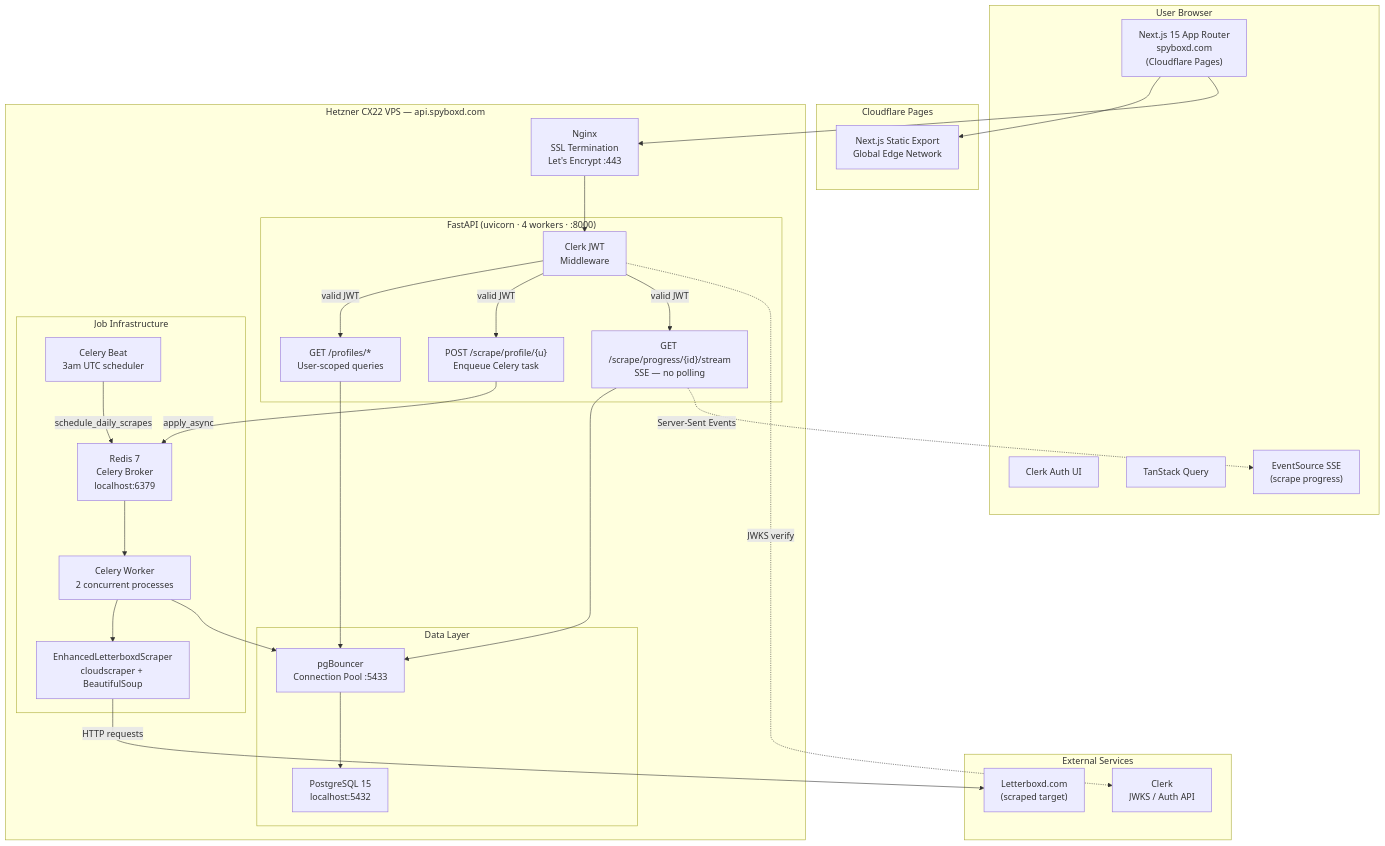
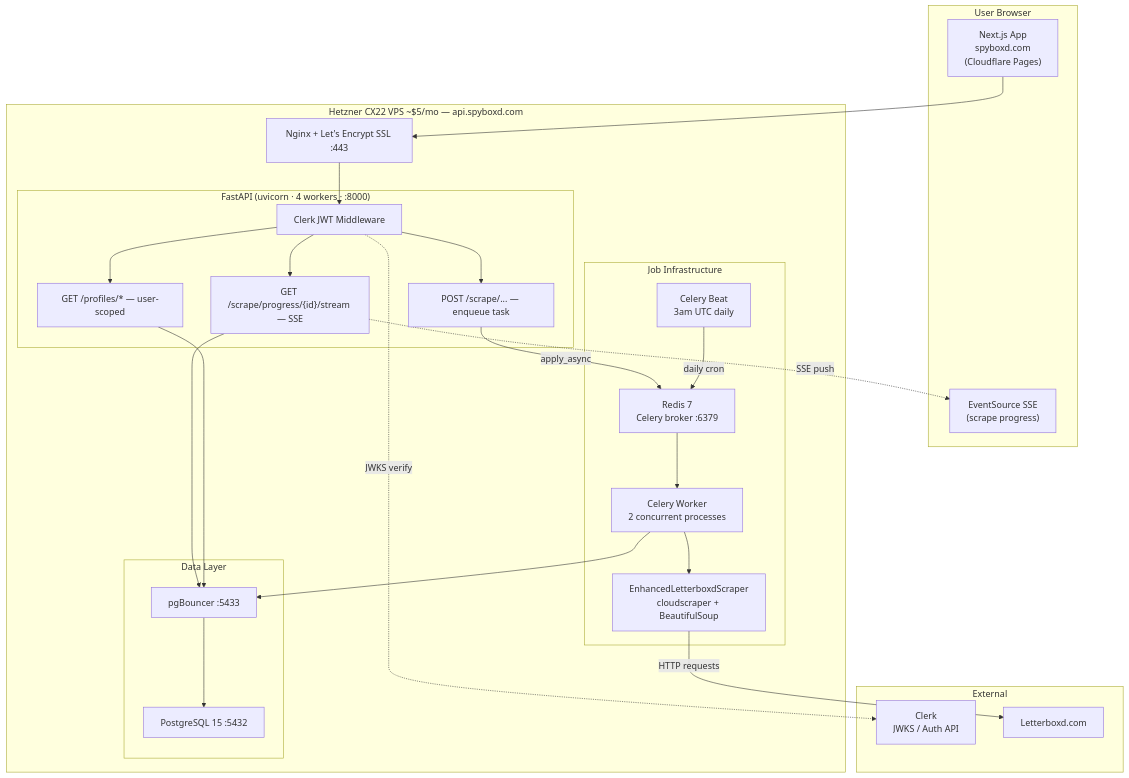
The diagram in Deployment_plan.md (Yash03x/letterboxd-reviewer), drawn with Mermaid before and after one commit. The commit also changed other lines of this file and 44 other files, not shown here.

````diff
--- a/Deployment_plan.md
+++ b/Deployment_plan.md
@@ -11,76 +30,47 @@
 ```mermaid
 graph TB
     subgraph "User Browser"
-        A["Next.js 15 App Router\nspyboxd.com\n(Cloudflare Pages)"]        
-        A1["Clerk Auth UI"]
-        A2["TanStack Query"]
+        A["Next.js App\nspyboxd.com\n(Cloudflare Pages)"]
         A3["EventSource SSE\n(scrape progress)"]
     end
 
-    subgraph "External Services"
+    subgraph "External"
         CLERK["Clerk\nJWKS / Auth API"]
-        LB["Letterboxd.com\n(scraped target)"]
+        LB["Letterboxd.com"]
     end
 
-    subgraph "Cloudflare Pages"
-        VCDN["Next.js Static Export\nGlobal Edge Network"]
-    end
-
-    subgraph "Hetzner CX22 VPS — api.spyboxd.com"
-        NGINX["Nginx\nSSL Termination\nLet's Encrypt :443"]
+    subgraph "Hetzner CX22 VPS ~$5/mo — api.spyboxd.com"
+        NGINX["Nginx + Let's Encrypt SSL :443"]
 
         subgraph "FastAPI (uvicorn · 4 workers · :8000)"
-            MW["Clerk JWT\nMiddleware"]
-            RT_PROFILE["GET /profiles/*\nUser-scoped queries"]
-            RT_SCRAPE["POST /scrape/profile/{u}\nEnqueue Celery task"]
-            RT_SSE["GET /scrape/progress/{id}/stream\nSSE — no polling"]
+            MW["Clerk JWT Middleware"]
+            RT_P["GET /profiles/* — user-scoped"]
+            RT_S["POST /scrape/... — enqueue task"]
+            RT_SSE["GET /scrape/progress/{id}/stream — SSE"]
         end
 
         subgraph "Job Infrastructure"
-            REDIS["Redis 7\nCelery Broker\nlocalhost:6379"]
+            REDIS["Redis 7\nCelery broker :6379"]
             WORKER["Celery Worker\n2 concurrent processes"]
-            BEAT["Celery Beat\n3am UTC scheduler"]
+            BEAT["Celery Beat\n3am UTC daily"]
             SCRAPER["EnhancedLetterboxdScraper\ncloudscraper + BeautifulSoup"]
         end
 
         subgraph "Data Layer"
-            PGBOUNCER["pgBouncer\nConnection Pool :5433"]
-            PG["PostgreSQL 15\nlocalhost:5432"]
+            PGB["pgBouncer :5433"]
+            PG["PostgreSQL 15 :5432"]
         end
     end
 
-    %% Browser → Cloudflare Pages
-    A --> VCDN
-
-    %% Browser → API
     A --> NGINX
     NGINX --> MW
-    MW -->|valid JWT| RT_PROFILE
-    MW -->|valid JWT| RT_SCRAPE
-    MW -->|valid JWT| RT_SSE
-
-    %% Auth verification
     MW -.->|JWKS verify| CLERK
-
-    %% Scrape trigger flow
-    RT_SCRAPE -->|apply_async| REDIS
-    REDIS --> WORKER
-    WORKER --> SCRAPER
-    SCRAPER -->|HTTP requests| LB
-
-    %% Progress writes
-    WORKER --> PGBOUNCER
-    PGBOUNCER --> PG
-
-    %% SSE reads progress from DB
-    RT_SSE --> PGBOUNCER
-
-    %% Data reads
-    RT_PROFILE --> PGBOUNCER
-
-    %% Daily scheduler
-    BEAT -->|schedule_daily_scrapes| REDIS
-
-    %% SSE push to browser
-    RT_SSE -.->|Server-Sent Events| A3
+    MW --> RT_P & RT_S & RT_SSE
+    RT_S -->|apply_async| REDIS
+    REDIS --> WORKER --> SCRAPER -->|HTTP requests| LB
+    WORKER --> PGB --> PG
+    RT_SSE --> PGB
+    RT_P --> PGB
+    BEAT -->|daily cron| REDIS
+    RT_SSE -.->|SSE push| A3
 ```
````
